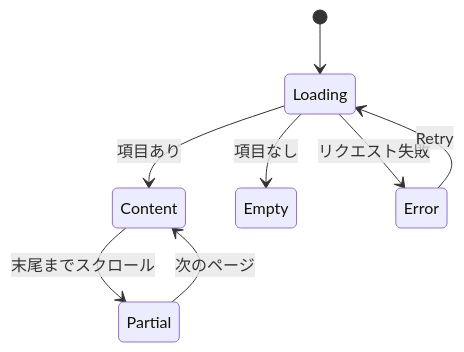
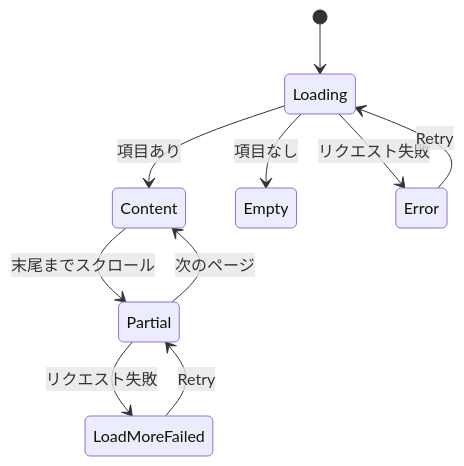
Before and after one commit to syudead/vv: the second of 2 diagrams in translations/ja/specs/038-design-system/ui-design.md, drawn with Mermaid. The commit also changed other lines of this file and 3 other files, not shown here.

````diff
--- a/translations/ja/specs/038-design-system/ui-design.md
+++ b/translations/ja/specs/038-design-system/ui-design.md
@@ -144,10 +145,12 @@
 ```mermaid
 stateDiagram-v2
   [*] --> Loading
   Loading --> Content: 項目あり
   Loading --> Empty: 項目なし
   Loading --> Error: リクエスト失敗
   Error --> Loading: Retry
   Content --> Partial: 末尾までスクロール
   Partial --> Content: 次のページ
+  Partial --> LoadMoreFailed: リクエスト失敗
+  LoadMoreFailed --> Partial: Retry
 ```
````
